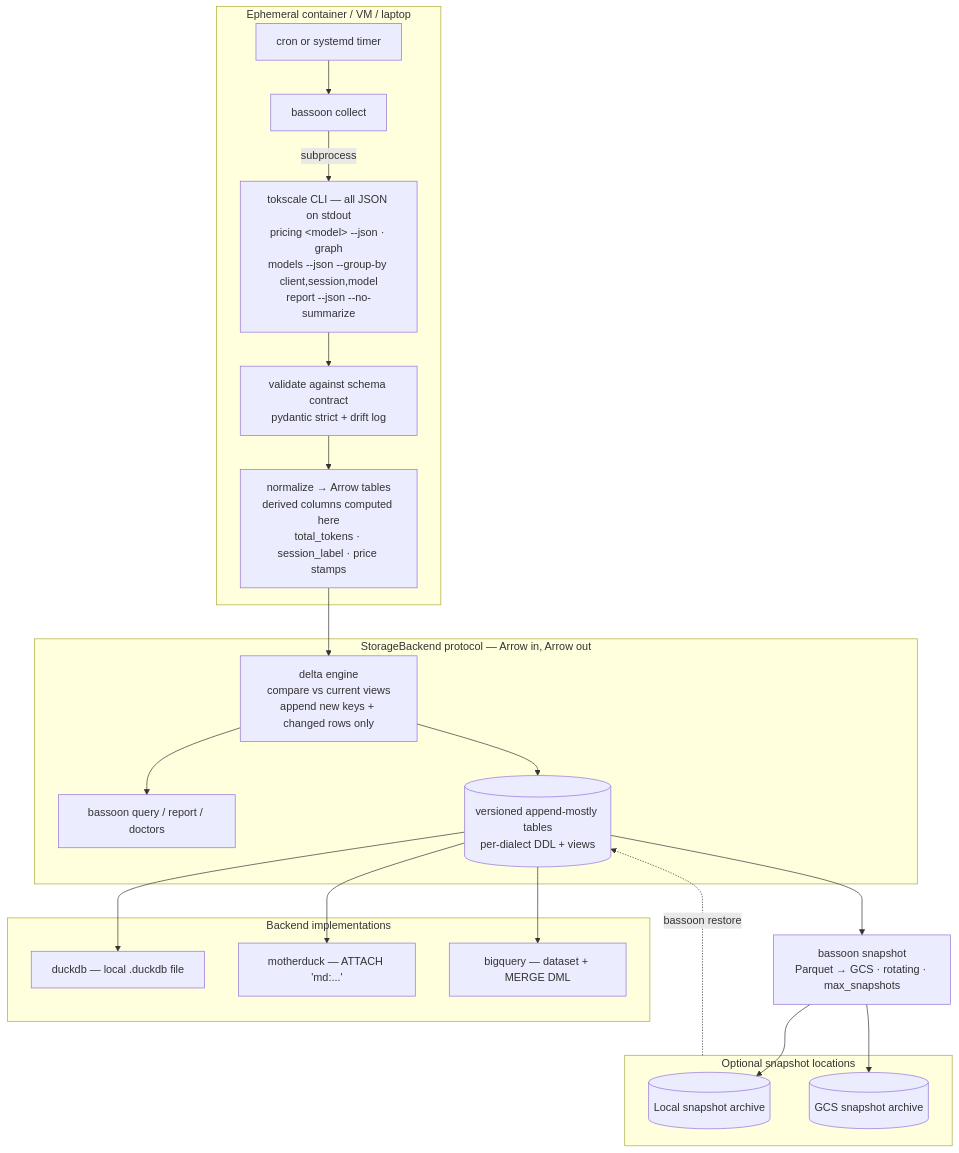
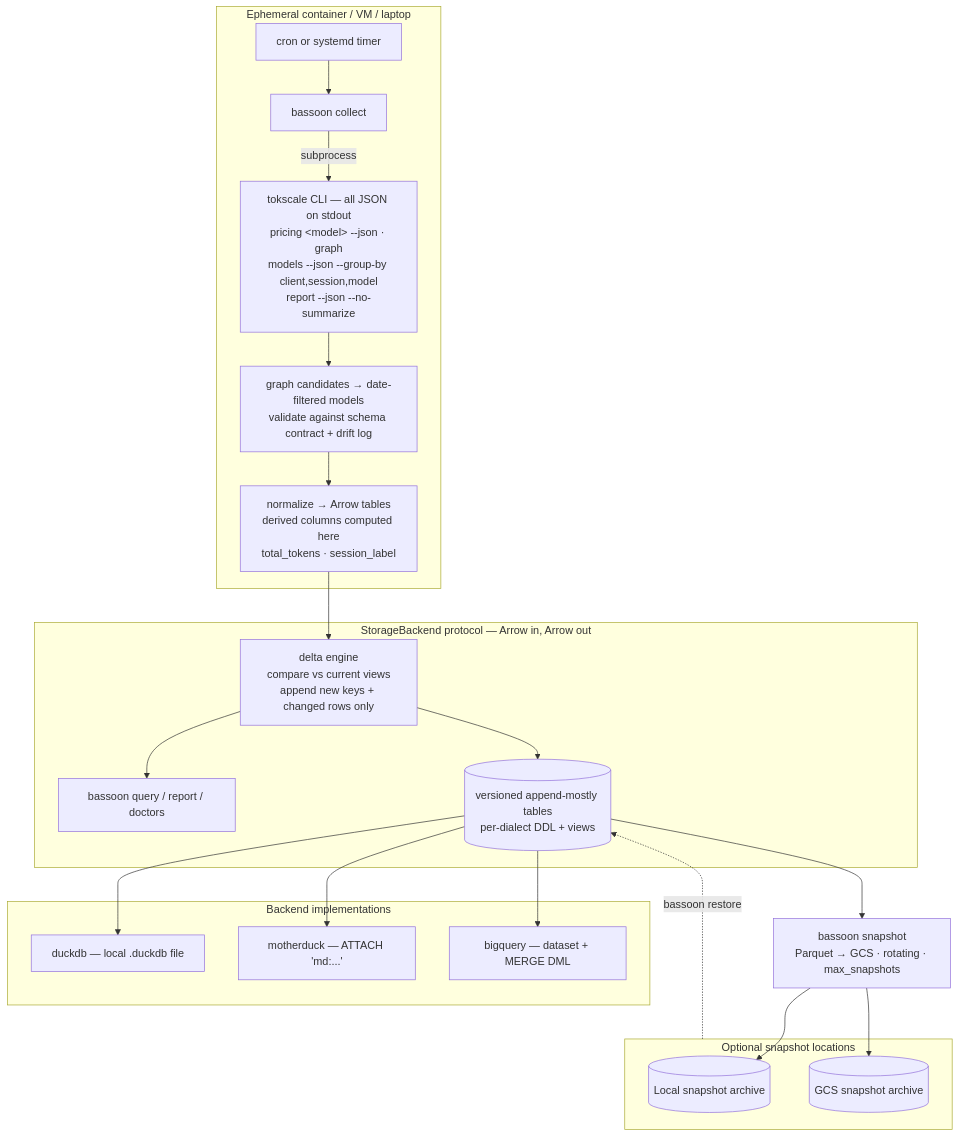
The diagram in AGENTS.md (israelflores8789/usagebassoon), drawn with Mermaid before and after one commit. The commit also changed other lines of this file and 33 other files, not shown here.

````diff
--- a/AGENTS.md
+++ b/AGENTS.md
@@ -79,30 +81,30 @@
 ```mermaid
 flowchart TD
     subgraph ENV[Ephemeral container / VM / laptop]
         CRON[cron or systemd timer] --> COLLECT[bassoon collect]
         COLLECT -->|subprocess| TS[tokscale CLI — all JSON on stdout<br/>pricing &lt;model&gt; --json · graph<br/>models --json --group-by client,session,model<br/>report --json --no-summarize]
-        TS --> NORM[validate against schema contract<br/>pydantic strict + drift log]
-        NORM --> ARROW[normalize → Arrow tables<br/>derived columns computed here<br/>total_tokens · session_label · price stamps]
+        TS --> NORM[graph candidates → date-filtered models<br/>validate against schema contract + drift log]
+        NORM --> ARROW[normalize → Arrow tables<br/>derived columns computed here<br/>total_tokens · session_label]
     end
 
     subgraph BACKEND[StorageBackend protocol — Arrow in, Arrow out]
         ARROW --> DELTA[delta engine<br/>compare vs current views<br/>append new keys + changed rows only]
         DELTA --> SQLW[bassoon query / report / doctors]:::noop
         DELTA --> CUR[(versioned append-mostly tables<br/>per-dialect DDL + views)]
     end
 
     subgraph IMPLS[Backend implementations]
         CUR --> LCK[duckdb — local .duckdb file]
         CUR --> MDK[motherduck — ATTACH 'md:...']
         CUR --> BQ[bigquery — dataset + MERGE DML]
     end
 
     CUR --> SNAP[bassoon snapshot<br/>Parquet → GCS · rotating · max_snapshots]
     subgraph SNAPS[Optional snapshot locations]
       LOC[(Local snapshot archive)]
       GS[(GCS snapshot archive)]
     end
     SNAP --> LOC
     SNAP --> GS
     SNAPS -.->|bassoon restore| CUR
 ```
````
